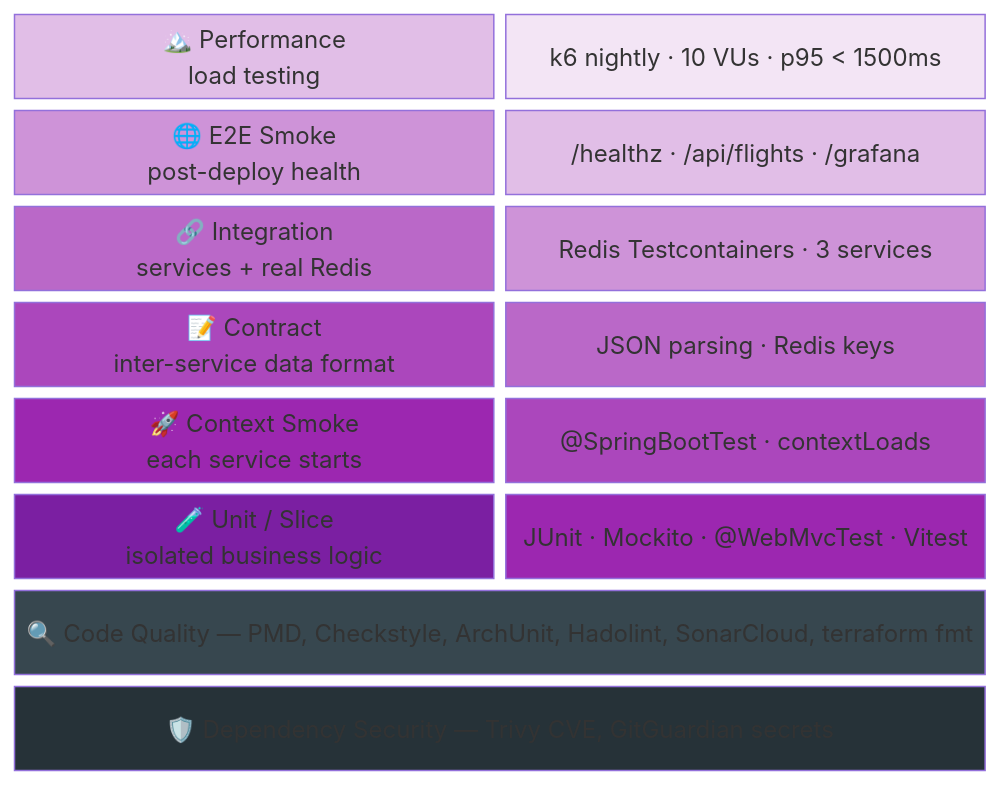
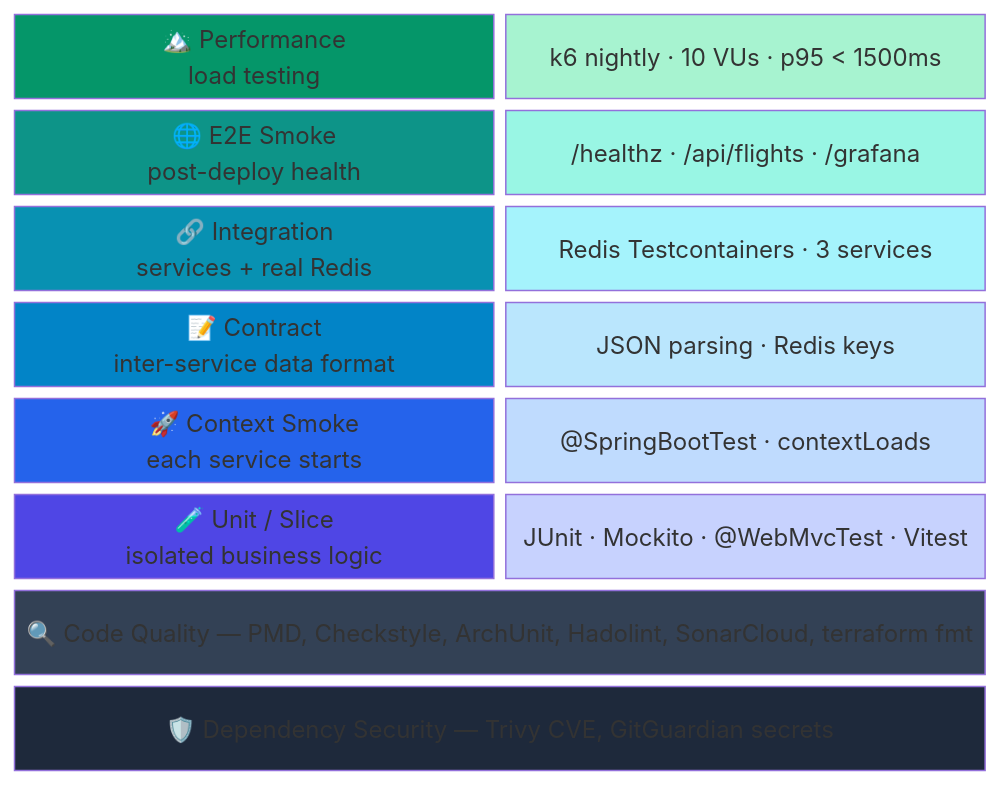
The first of 7 diagrams in docs/testing-overview-en.md (ClementV78/CloudRadar), drawn with Mermaid before and after one commit. The commit also changed other lines of this file and 2 other files, not shown here.

````diff
--- a/docs/testing-overview-en.md
+++ b/docs/testing-overview-en.md
@@ -30,28 +30,28 @@
 ```mermaid
 block-beta
   columns 2
 
   P["🏔️ Performance<br>load testing"]:1 Pd["k6 nightly · 10 VUs · p95 < 1500ms"]:1
   E["🌐 E2E Smoke<br>post-deploy health"]:1 Ed["/healthz · /api/flights · /grafana"]:1
   D["🔗 Integration<br>services + real Redis"]:1 Dd["Redis Testcontainers · 3 services"]:1
   C["📝 Contract<br>inter-service data format"]:1 Cd["JSON parsing · Redis keys"]:1
   S["🚀 Context Smoke<br>each service starts"]:1 Sd["@SpringBootTest · contextLoads"]:1
   U["🧪 Unit / Slice<br>isolated business logic"]:1 Ud["JUnit · Mockito · @WebMvcTest · Vitest"]:1
   SA["🔍 Code Quality — PMD, Checkstyle, ArchUnit, Hadolint, SonarCloud, terraform fmt"]:2
   SC["🛡️ Dependency Security — Trivy CVE, GitGuardian secrets"]:2
 
-  style P fill:#e1bee7,color:#000
-  style Pd fill:#f3e5f5,color:#000
-  style E fill:#ce93d8,color:#000
-  style Ed fill:#e1bee7,color:#000
-  style D fill:#ba68c8,color:#fff
-  style Dd fill:#ce93d8,color:#000
-  style C fill:#ab47bc,color:#fff
-  style Cd fill:#ba68c8,color:#fff
-  style S fill:#9c27b0,color:#fff
-  style Sd fill:#ab47bc,color:#fff
-  style U fill:#7b1fa2,color:#fff
-  style Ud fill:#9c27b0,color:#fff
-  style SA fill:#37474f,color:#fff
-  style SC fill:#263238,color:#fff
+  style P fill:#059669,color:#fff
+  style Pd fill:#a7f3d0,color:#000
+  style E fill:#0d9488,color:#fff
+  style Ed fill:#99f6e4,color:#000
+  style D fill:#0891b2,color:#fff
+  style Dd fill:#a5f3fc,color:#000
+  style C fill:#0284c7,color:#fff
+  style Cd fill:#bae6fd,color:#000
+  style S fill:#2563eb,color:#fff
+  style Sd fill:#bfdbfe,color:#000
+  style U fill:#4f46e5,color:#fff
+  style Ud fill:#c7d2fe,color:#000
+  style SA fill:#334155,color:#fff
+  style SC fill:#1e293b,color:#fff
 ```
````
